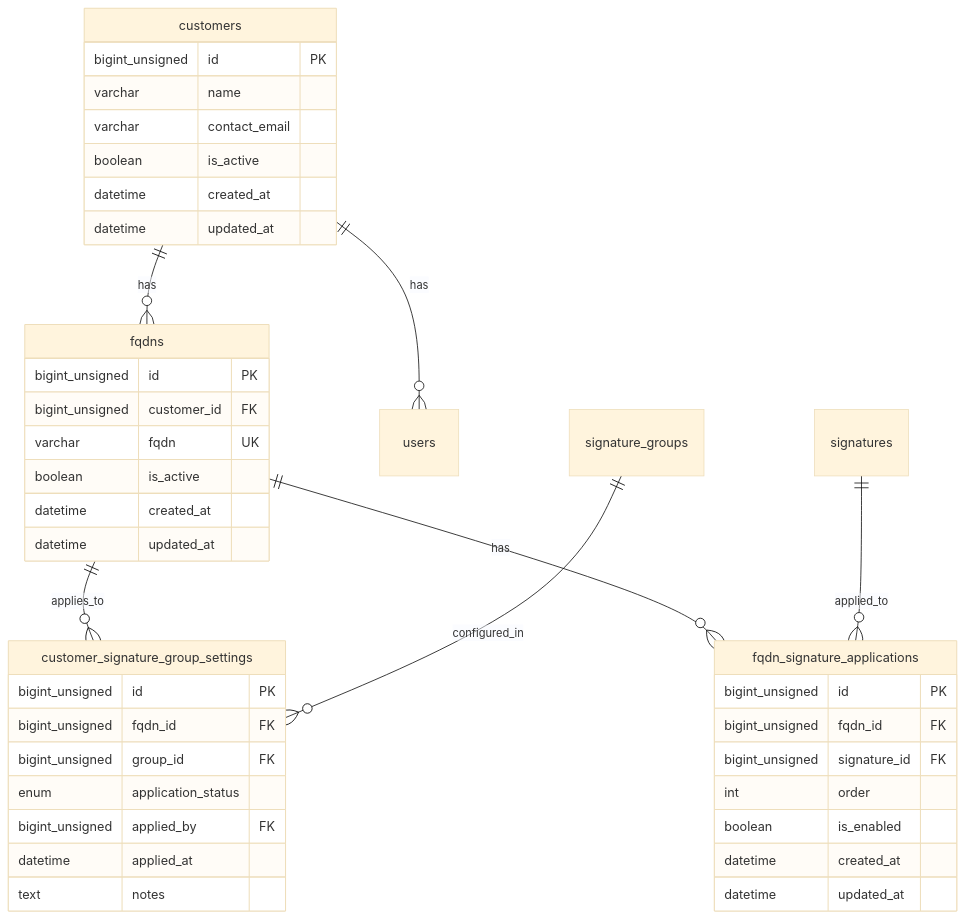
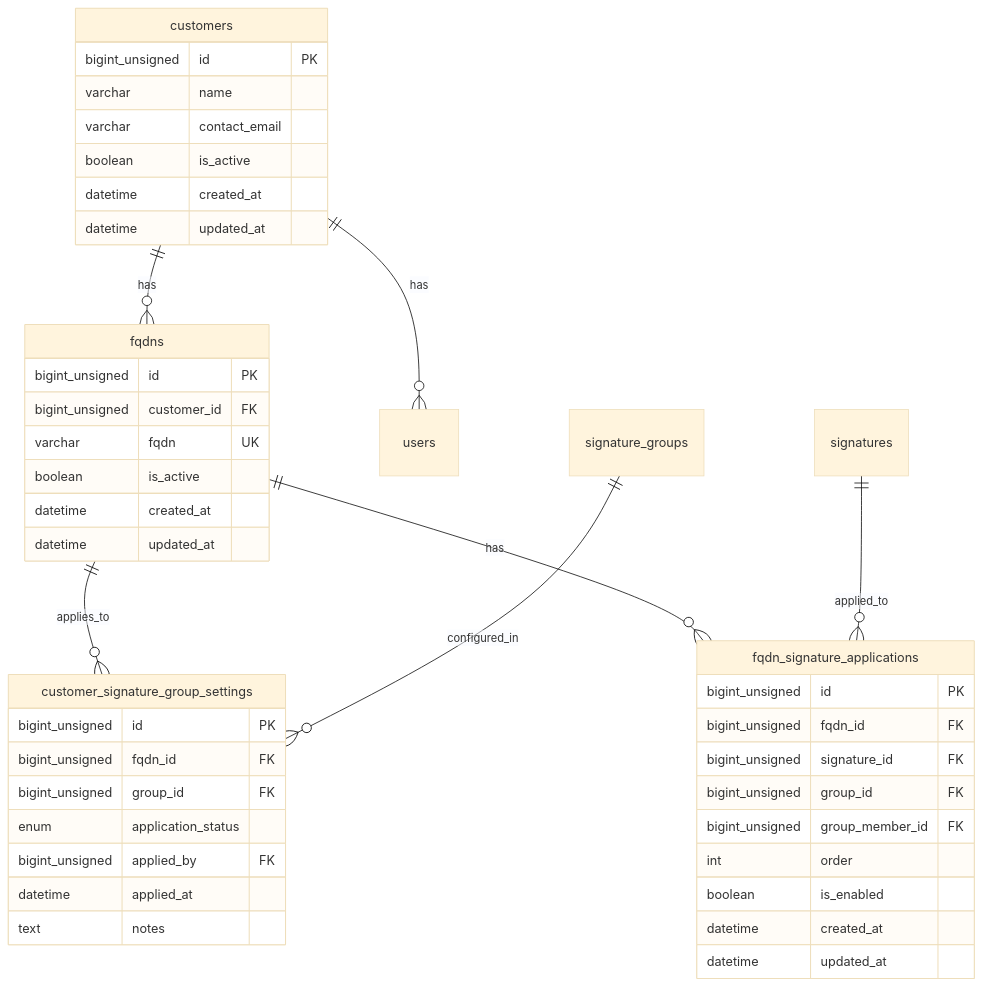
Diagram 16 of 20 in docs/DESIGN.md (kencom2400/MrWebDefence-Design), drawn with Mermaid (base theme) before and after one commit. The commit also changed other lines of this file, not shown here.

````diff
--- a/docs/DESIGN.md
+++ b/docs/DESIGN.md
@@ -1370,47 +1370,49 @@
 ```mermaid
 erDiagram
     customers ||--o{ fqdns : "has"
     customers ||--o{ users : "has"
     fqdns ||--o{ customer_signature_group_settings : "applies_to"
     signature_groups ||--o{ customer_signature_group_settings : "configured_in"
     fqdns ||--o{ fqdn_signature_applications : "has"
     signatures ||--o{ fqdn_signature_applications : "applied_to"
     
     customers {
         bigint_unsigned id PK
         varchar name
         varchar contact_email
         boolean is_active
         datetime created_at
         datetime updated_at
     }
     
     fqdns {
         bigint_unsigned id PK
         bigint_unsigned customer_id FK
         varchar fqdn UK
         boolean is_active
         datetime created_at
         datetime updated_at
     }
     
     customer_signature_group_settings {
         bigint_unsigned id PK
         bigint_unsigned fqdn_id FK
         bigint_unsigned group_id FK
         enum application_status
         bigint_unsigned applied_by FK
         datetime applied_at
         text notes
     }
     
     fqdn_signature_applications {
         bigint_unsigned id PK
         bigint_unsigned fqdn_id FK
         bigint_unsigned signature_id FK
+        bigint_unsigned group_id FK
+        bigint_unsigned group_member_id FK
         int order
         boolean is_enabled
         datetime created_at
         datetime updated_at
     }
 ```
````
